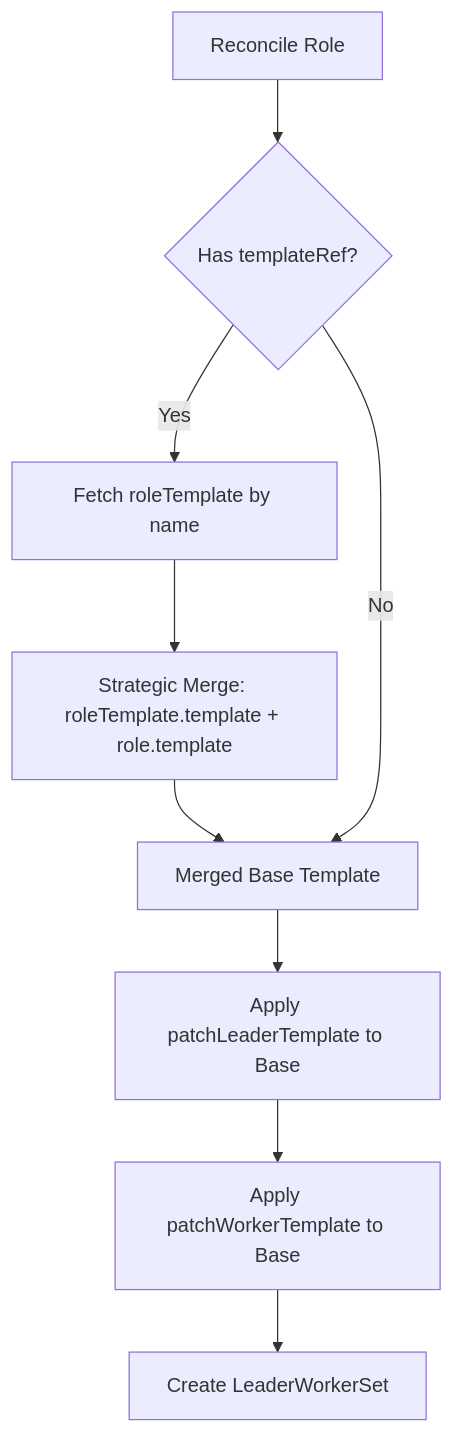
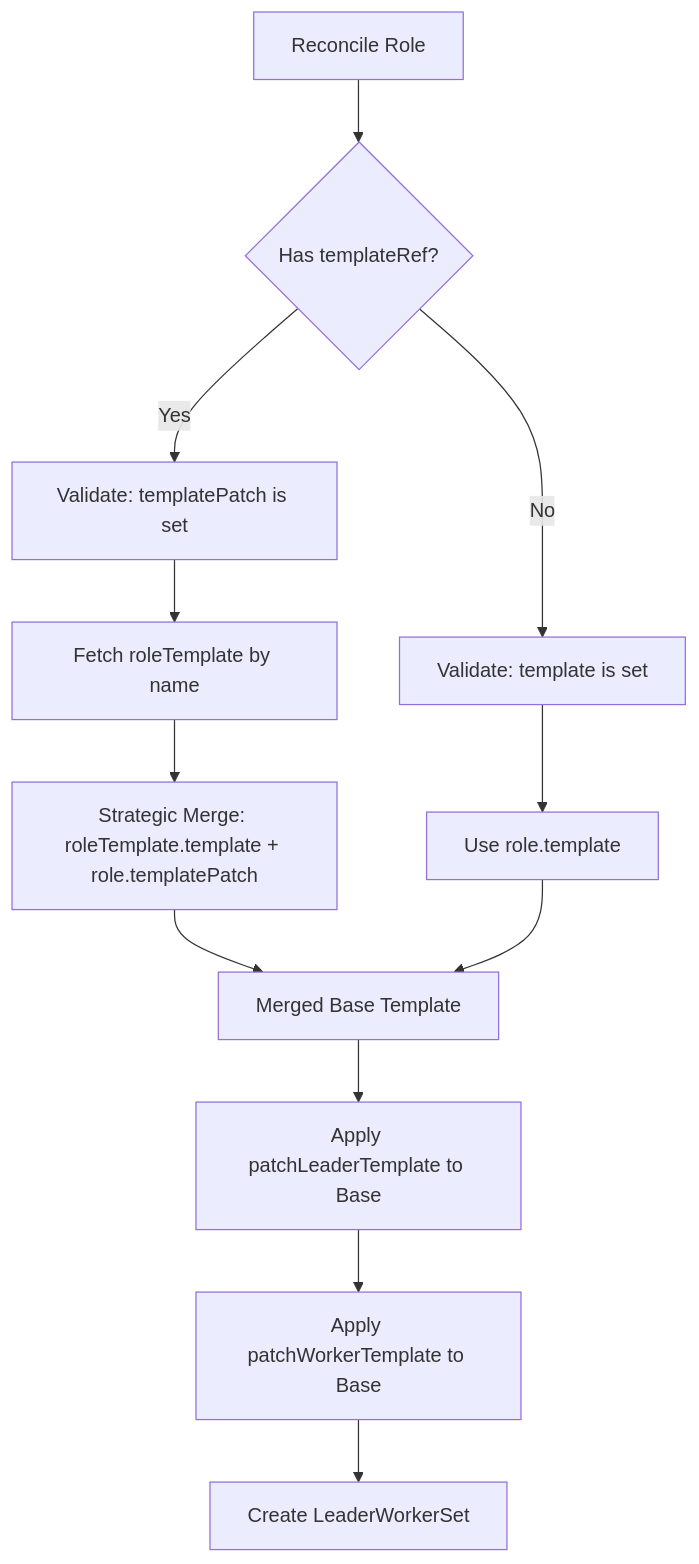
The second of 3 diagrams in keps/8-reduce-yaml-duplication/README.md (sgl-project/rbg), drawn with Mermaid before and after one commit. The commit also changed other lines of this file, not shown here.

````diff
--- a/keps/8-reduce-yaml-duplication/README.md
+++ b/keps/8-reduce-yaml-duplication/README.md
@@ -238,12 +312,15 @@
 ```mermaid
 flowchart TD
     A[Reconcile Role] --> B{Has templateRef?}
-    B -->|Yes| C[Fetch roleTemplate by name]
-    C --> D[Strategic Merge: roleTemplate.template + role.template]
-    D --> E[Merged Base Template]
-    B -->|No| E
+    B -->|Yes| C[Validate: templatePatch is set]
+    C --> D[Fetch roleTemplate by name]
+    D --> E[Strategic Merge: roleTemplate.template + role.templatePatch]
+    E --> F[Merged Base Template]
+    B -->|No| G[Validate: template is set]
+    G --> H[Use role.template]
+    H --> F
 
-    E --> F[Apply patchLeaderTemplate to Base]
-    F --> G[Apply patchWorkerTemplate to Base]
-    G --> H[Create LeaderWorkerSet]
+    F --> I[Apply patchLeaderTemplate to Base]
+    I --> J[Apply patchWorkerTemplate to Base]
+    J --> K[Create LeaderWorkerSet]
 ```
````
